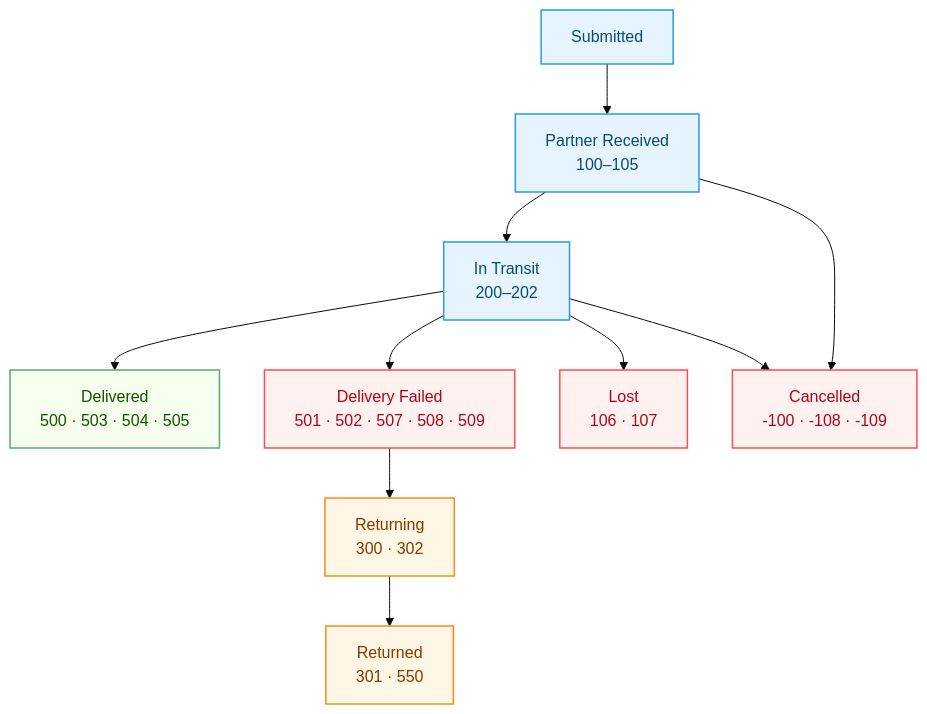
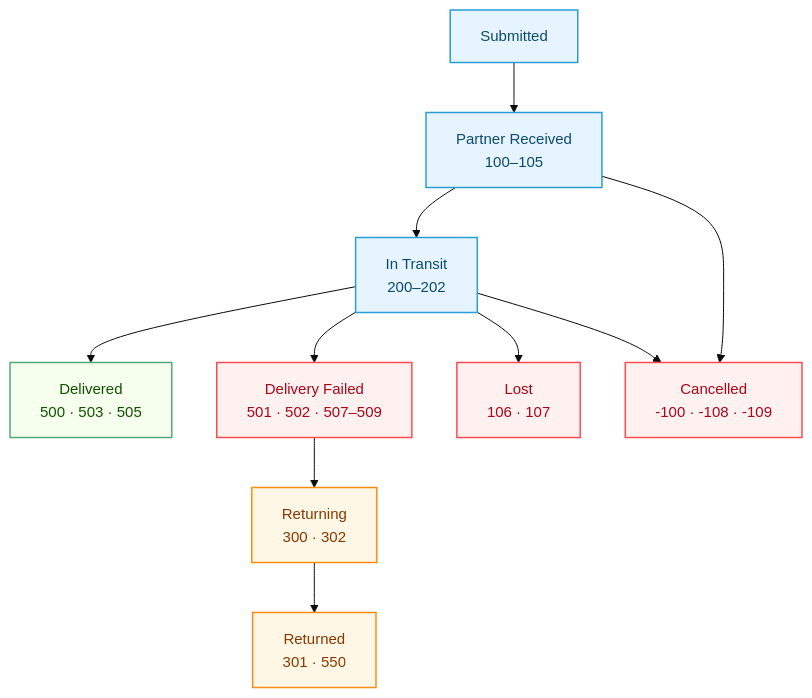
The fifth of 5 diagrams in users/Delivery_Partner-Viettel_Post.md (CobeGroup/cobe_erp_documents), drawn with Mermaid before and after one commit. The commit also changed other lines of this file, not shown here.

````diff
--- a/users/Delivery_Partner-Viettel_Post.md
+++ b/users/Delivery_Partner-Viettel_Post.md
@@ -251,23 +333,23 @@
 ```mermaid
-%%{init: {'theme':'base','themeVariables':{'fontSize':'16px'},'flowchart':{'nodeSpacing':45,'rankSpacing':50}}}%%
+%%{init: {'theme':'base','themeVariables':{'fontSize':'15px'},'flowchart':{'nodeSpacing':45,'rankSpacing':50}}}%%
 flowchart TD
   classDef process fill:#e6f4ff,stroke:#299dd8,stroke-width:1.5px,color:#0b4a6f;
   classDef good fill:#f6ffed,stroke:#54ab78,stroke-width:1.5px,color:#135200;
   classDef bad fill:#fff1f0,stroke:#ff4d4f,stroke-width:1.5px,color:#a8071a;
   classDef warn fill:#fff7e6,stroke:#fa8c16,stroke-width:1.5px,color:#873800;
 
   S["Submitted"] --> P["Partner Received<br/>100–105"]
   P --> T["In Transit<br/>200–202"]
-  T --> D["Delivered<br/>500 · 503 · 504 · 505"]
-  T --> F["Delivery Failed<br/>501 · 502 · 507 · 508 · 509"]
+  T --> D["Delivered<br/>500 · 503 · 505"]
+  T --> F["Delivery Failed<br/>501 · 502 · 507–509"]
   F --> R["Returning<br/>300 · 302"]
   R --> RD["Returned<br/>301 · 550"]
   T --> L["Lost<br/>106 · 107"]
   P --> X["Cancelled<br/>-100 · -108 · -109"]
   T --> X
 
   class S,P,T process
   class D good
   class F,L,X bad
   class R,RD warn
 ```
````
